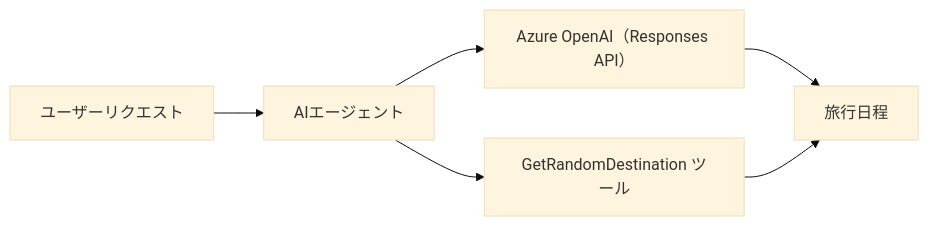
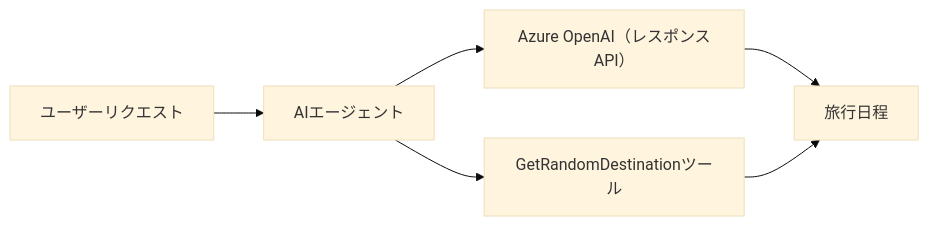
One commit to venturemavenwill/azureaifundamentals changed the diagram in translations/ja/01-intro-to-ai-agents/code_samples/01-dotnet-agent-framework.md. Above: the diagram before and after it, drawn with Mermaid (base theme). The commit also changed other lines of this file and 2002 other files, not shown here.

````diff
--- a/translations/ja/01-intro-to-ai-agents/code_samples/01-dotnet-agent-framework.md
+++ b/translations/ja/01-intro-to-ai-agents/code_samples/01-dotnet-agent-framework.md
@@ -32,8 +32,8 @@
 ```mermaid
 graph LR
     A[ユーザーリクエスト] --> B[AIエージェント]
-    B --> C[Azure OpenAI（Responses API）]
-    B --> D[GetRandomDestination ツール]
+    B --> C[Azure OpenAI（レスポンスAPI）]
+    B --> D[GetRandomDestinationツール]
     C --> E[旅行日程]
     D --> E
 ```
````
